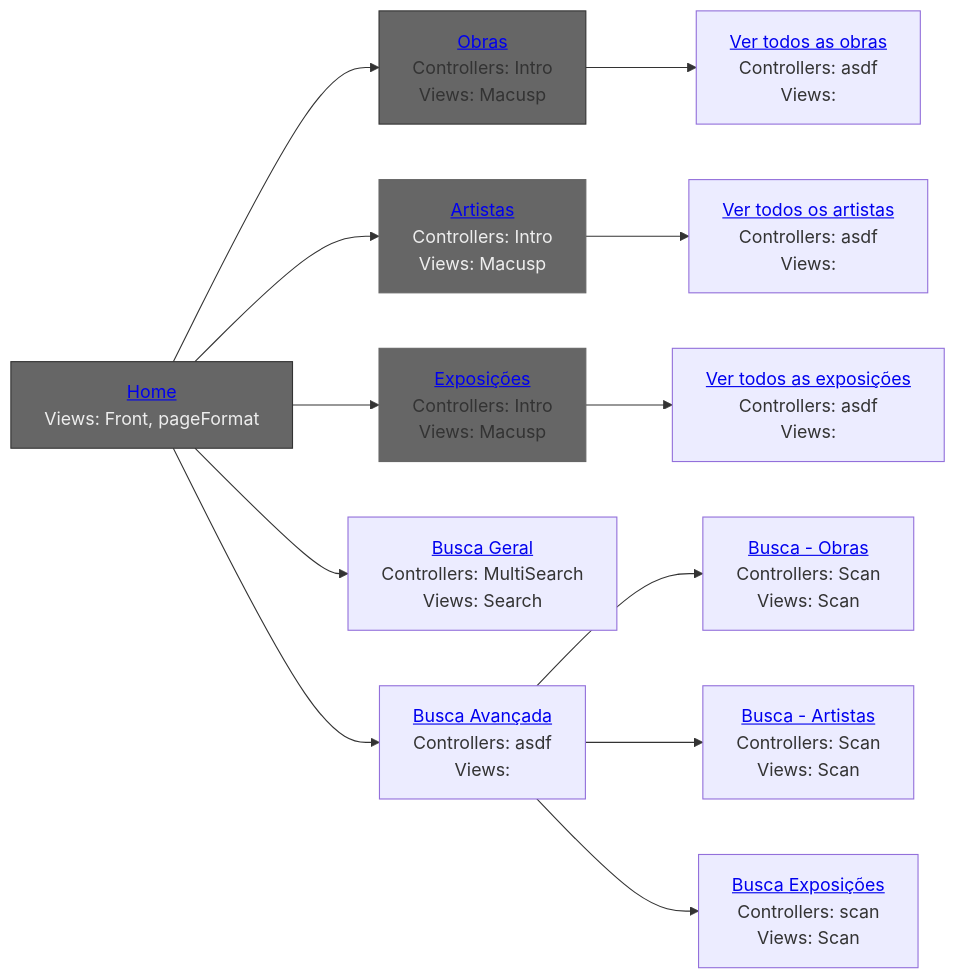
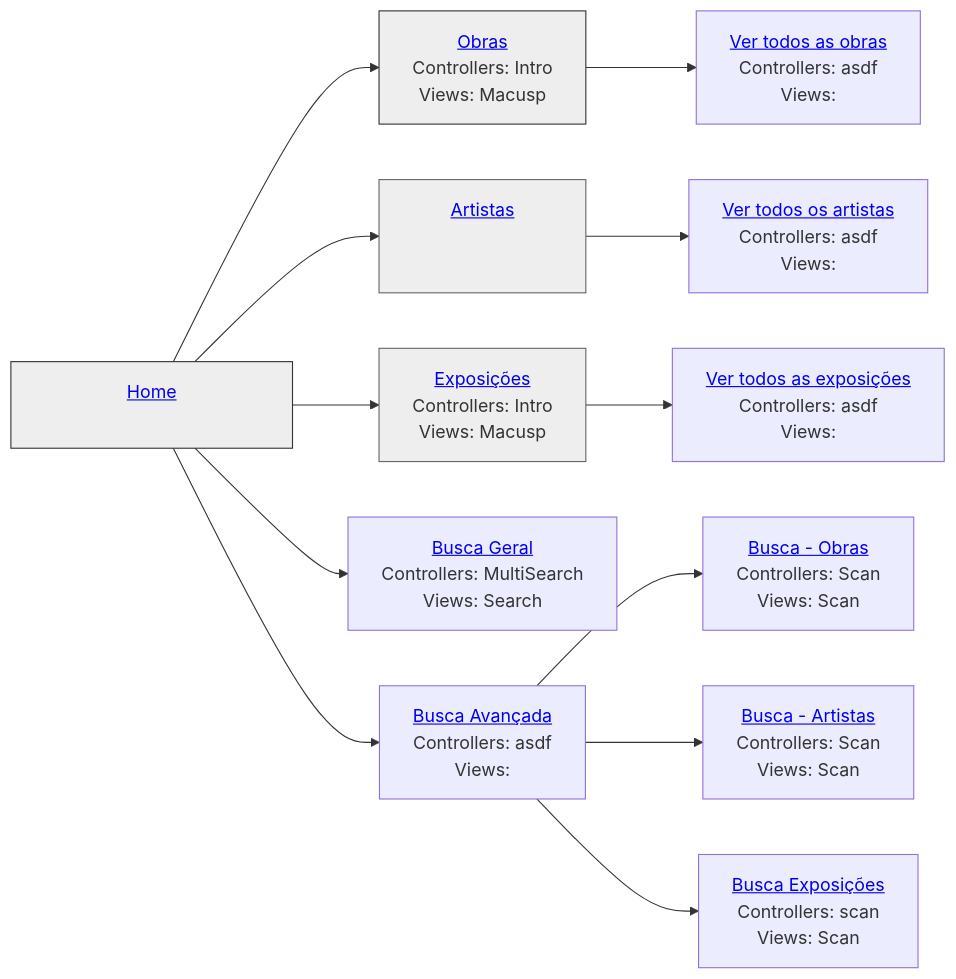
One commit to reynaldocv/macusp changed the diagram in README.md. Above: the diagram before and after it, drawn with Mermaid.

````diff
--- a/README.md
+++ b/README.md
@@ -249,36 +249,36 @@
 ```mermaid
 graph LR
     %% Parte superior e inferior del primer puesto
     home["           <a href='http://143.107.130.173/admacervo/macusp/index.php'> Home </a> <br> Views: Front, pageFormat"]
     works["          <a href='http://143.107.130.173/admacervo/macusp/index.php/Intro/works'>Obras</a>      <br> Controllers: Intro <br> Views: Macusp"]
     artists["        <a href='http://143.107.130.173/admacervo/macusp/index.php/Intro/artists'>Artistas</a>  <br> Controllers: Intro <br> Views: Macusp"]
     exhibitions["    <a href='http://143.107.130.173/admacervo/macusp/index.php/Intro/exhibitions'>Exposições</a> <br> Controllers: Intro <br> Views: Macusp"]
     search["         <a href='https://link.com'> Busca Geral </a> <br>  Controllers: MultiSearch <br>  Views: Search "]
     advancedSearch[" <a href='https://link.com'> Busca Avançada</a> <br>  Controllers: </strong> asdf <br>  Views: "]
     viewWorks[" <a href='https://link.com'> Ver todos as obras</a> <br>  Controllers: </strong> asdf <br>  Views: "]
     viewArtists[" <a href='https://link.com'> Ver todos os artistas</a> <br>  Controllers: </strong> asdf <br>  Views: "]
     viewExhibitions[" <a href='https://link.com'> Ver todos as exposições</a> <br>  Controllers: </strong> asdf <br>  Views: "]
     asWorks["<a href='http://143.107.130.173/admacervo/macusp/index.php/Scan/advanced/works'> Busca - Obras</a> <br>  Controllers: Scan <br> Views: Scan"]
     asArtists["<a href='http://143.107.130.173/admacervo/macusp/index.php/Scan/advanced/artists'> Busca - Artistas</a> <br>  Controllers: Scan <br> Views: Scan "]
     asExhibitions["<a href='http://143.107.130.173/admacervo/macusp/index.php/Scan/advanced/exhibitions'> Busca Exposições </a> <br> Controllers: scan <br>  Views: Scan  "]
     
     %% Conexión del organigrama (une la parte inferior de uno con la superior del otro)
     home --> works
     home --> artists
     home --> exhibitions
     home --> search
     home --> advancedSearch
     works --> viewWorks
     artists --> viewArtists    
     exhibitions --> viewExhibitions
     advancedSearch --> asWorks
     advancedSearch --> asArtists
     advancedSearch --> asExhibitions
 
 
     %% Estilos para que parezcan una sola pieza
-    style home fill:#666,stroke:#333,color:#eee
-    style works fill:#666,stroke:#333
-    style artists fill:#666,stroke:#666,color:#eee
-    style exhibitions fill:#666,stroke:#666
+    style home fill:#eee,stroke:#333,color:#eee
+    style works fill:#eee,stroke:#333
+    style artists fill:#eee,stroke:#666,color:#eee
+    style exhibitions fill:#eee,stroke:#666
 ```
````
